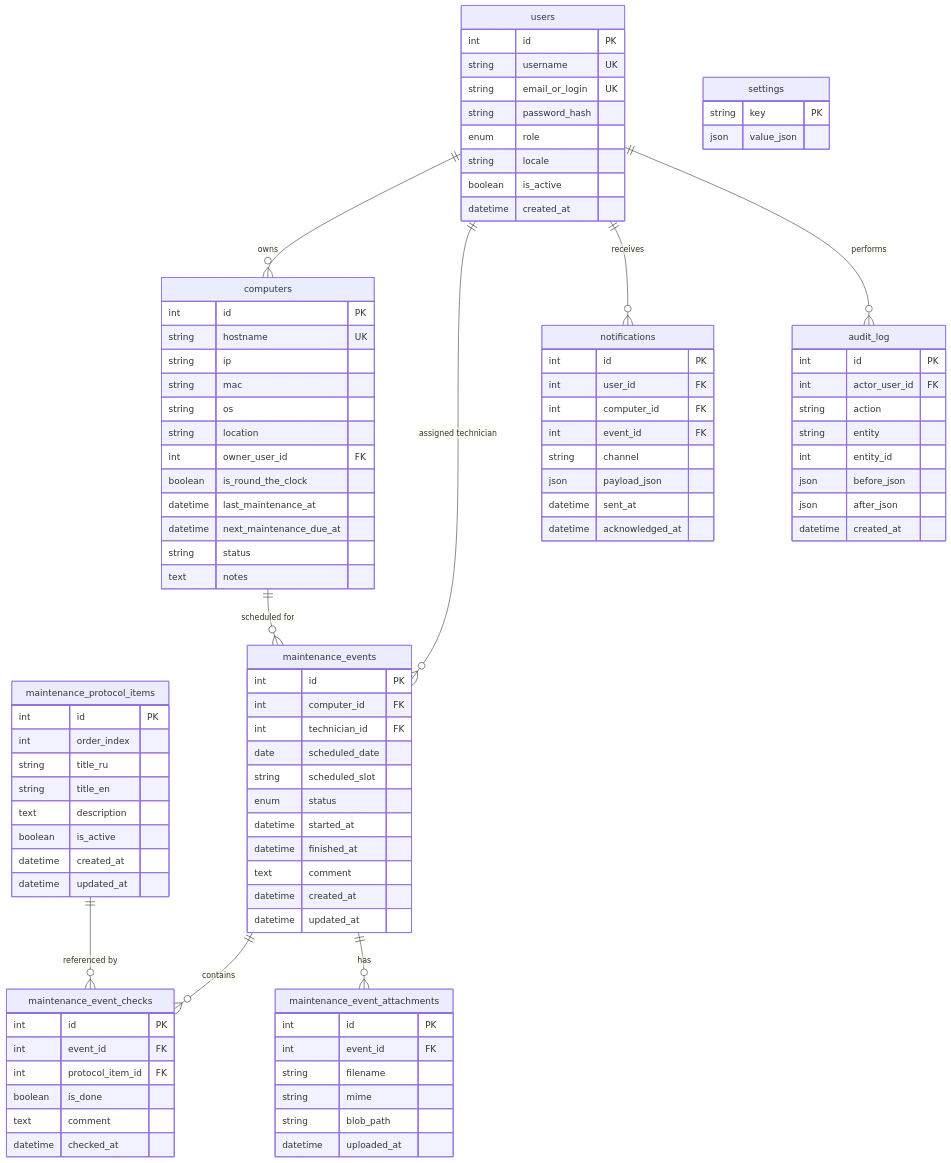
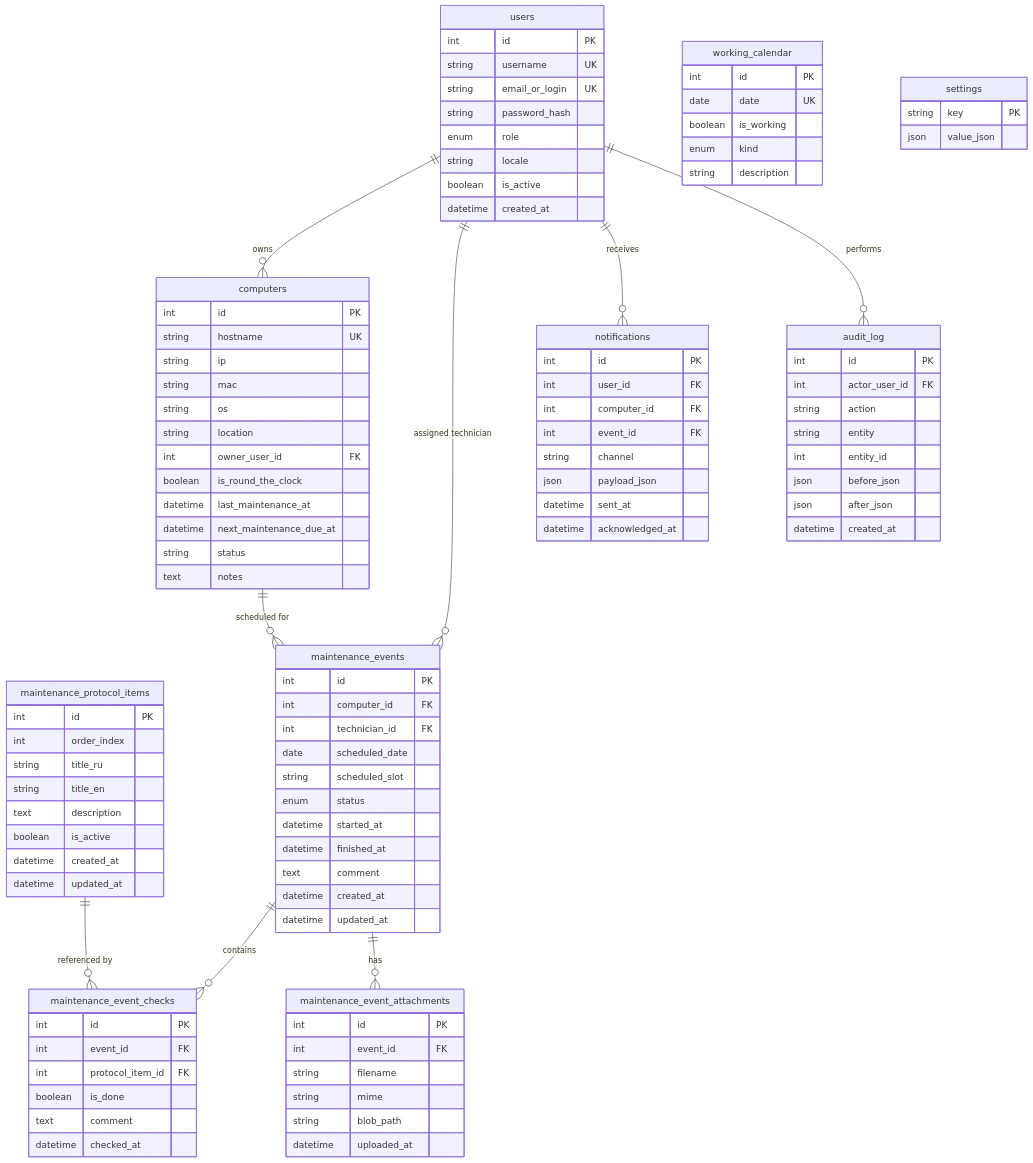
Before and after one commit to fondegluker/MainTen: the diagram in README.md, drawn with Mermaid. The commit also changed other lines of this file and 9 other files, not shown here.

```diff
--- a/README.md
+++ b/README.md
@@ -45,6 +46,14 @@
         datetime next_maintenance_due_at
         string status
         text notes
+    }
+
+    working_calendar {
+        int id PK
+        date date UK
+        boolean is_working
+        enum kind
+        string description
     }
 
     maintenance_protocol_items {
```
